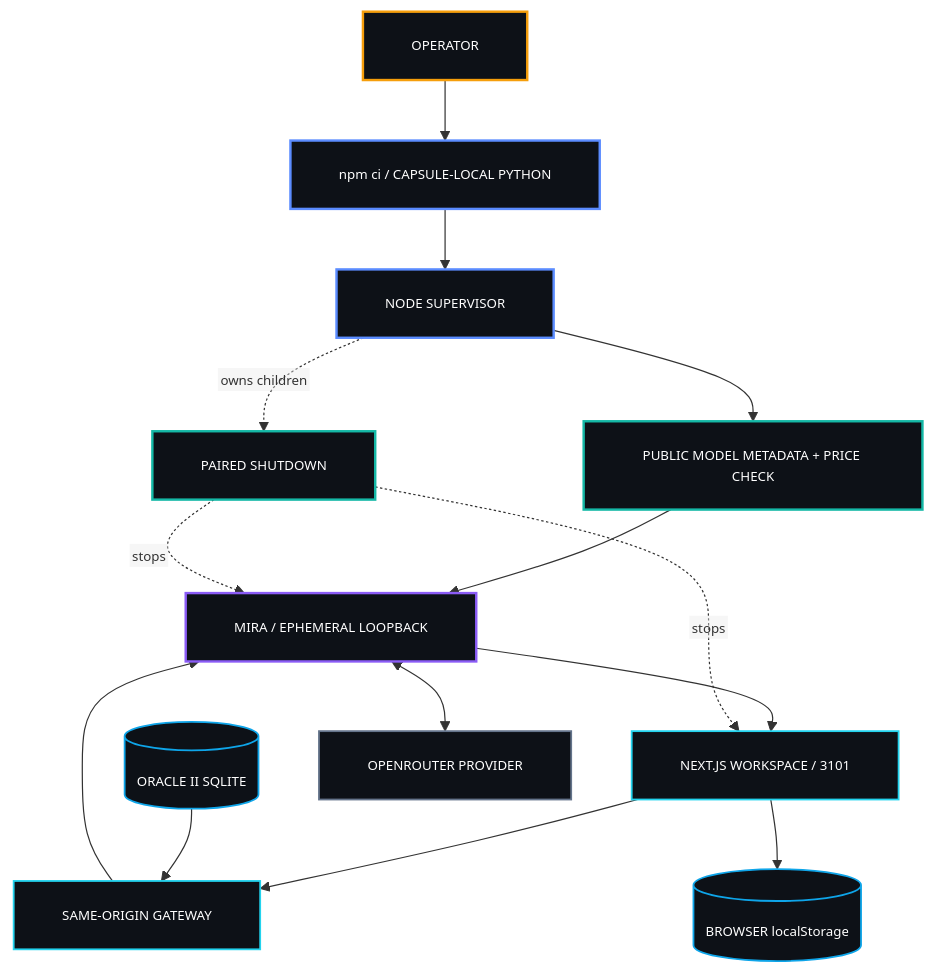
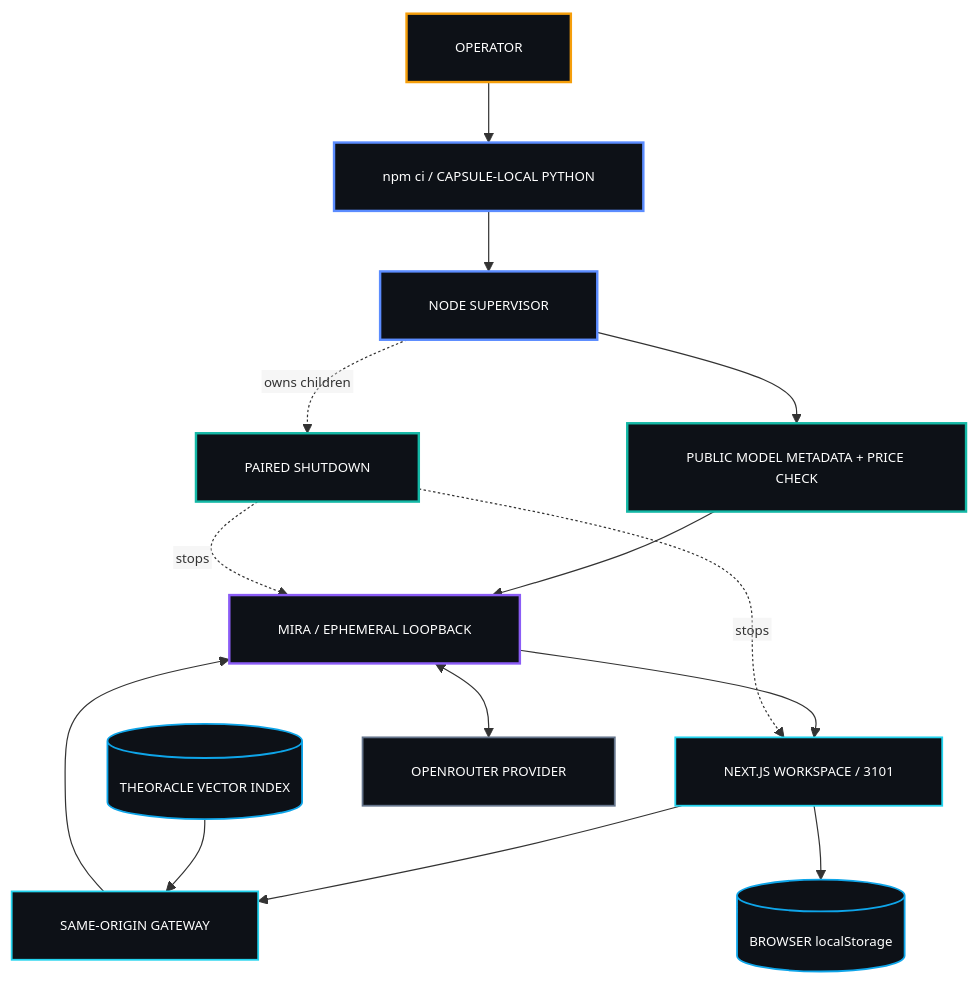
One commit to drferdi/Sentrapedia changed the second of 4 diagrams in README.md. Above: the diagram before and after it, drawn with Mermaid. The commit also changed other lines of this file and 10 other files, not shown here.

First line of the commit message:
docs(sentrapedia): TheOracle vector-only verification, README and HANDOFF (R2)

````diff
--- a/README.md
+++ b/README.md
@@ -212,40 +212,40 @@
 ```mermaid
 %%{init: {"flowchart": {"htmlLabels": false, "padding": 20}, "themeVariables": {"fontFamily": "monospace", "fontSize": "11px"}}}%%
 flowchart TB
   OP["OPERATOR"]
   INSTALL["npm ci / CAPSULE-LOCAL PYTHON"]
   SUP["NODE SUPERVISOR"]
   PREFLIGHT["PUBLIC MODEL METADATA + PRICE CHECK"]
   ENGINE["MIRA / EPHEMERAL LOOPBACK"]
   WEB["NEXT.JS WORKSPACE / 3101"]
   API["SAME-ORIGIN GATEWAY"]
-  SQL[("ORACLE II SQLITE")]
+  SQL[("THEORACLE VECTOR INDEX")]
   BROWSER[("BROWSER localStorage")]
   CLOUD["OPENROUTER PROVIDER"]
   STOP["PAIRED SHUTDOWN"]
 
   OP --> INSTALL --> SUP --> PREFLIGHT --> ENGINE
   ENGINE --> WEB --> API
   SQL --> API
   WEB --> BROWSER
   API --> ENGINE
   ENGINE <--> CLOUD
   SUP -. owns children .-> STOP
   STOP -. stops .-> ENGINE
   STOP -. stops .-> WEB
 
   classDef authority fill:#0D1117,stroke:#F59E0B,color:#FFFFFF,stroke-width:2px;
   classDef core fill:#0D1117,stroke:#5B8CFF,color:#FFFFFF,stroke-width:2px;
   classDef surface fill:#0D1117,stroke:#22D3EE,color:#FFFFFF,stroke-width:1.5px;
   classDef agent fill:#0D1117,stroke:#8B5CF6,color:#FFFFFF,stroke-width:2px;
   classDef control fill:#0D1117,stroke:#14B8A6,color:#FFFFFF,stroke-width:2px;
   classDef data fill:#0D1117,stroke:#0EA5E9,color:#FFFFFF,stroke-width:1.5px;
   classDef shared fill:#0D1117,stroke:#64748B,color:#FFFFFF,stroke-width:1.5px;
   class OP authority;
   class INSTALL,SUP core;
   class PREFLIGHT,STOP control;
   class ENGINE agent;
   class WEB,API surface;
   class SQL,BROWSER data;
   class CLOUD shared;
 ```
````
